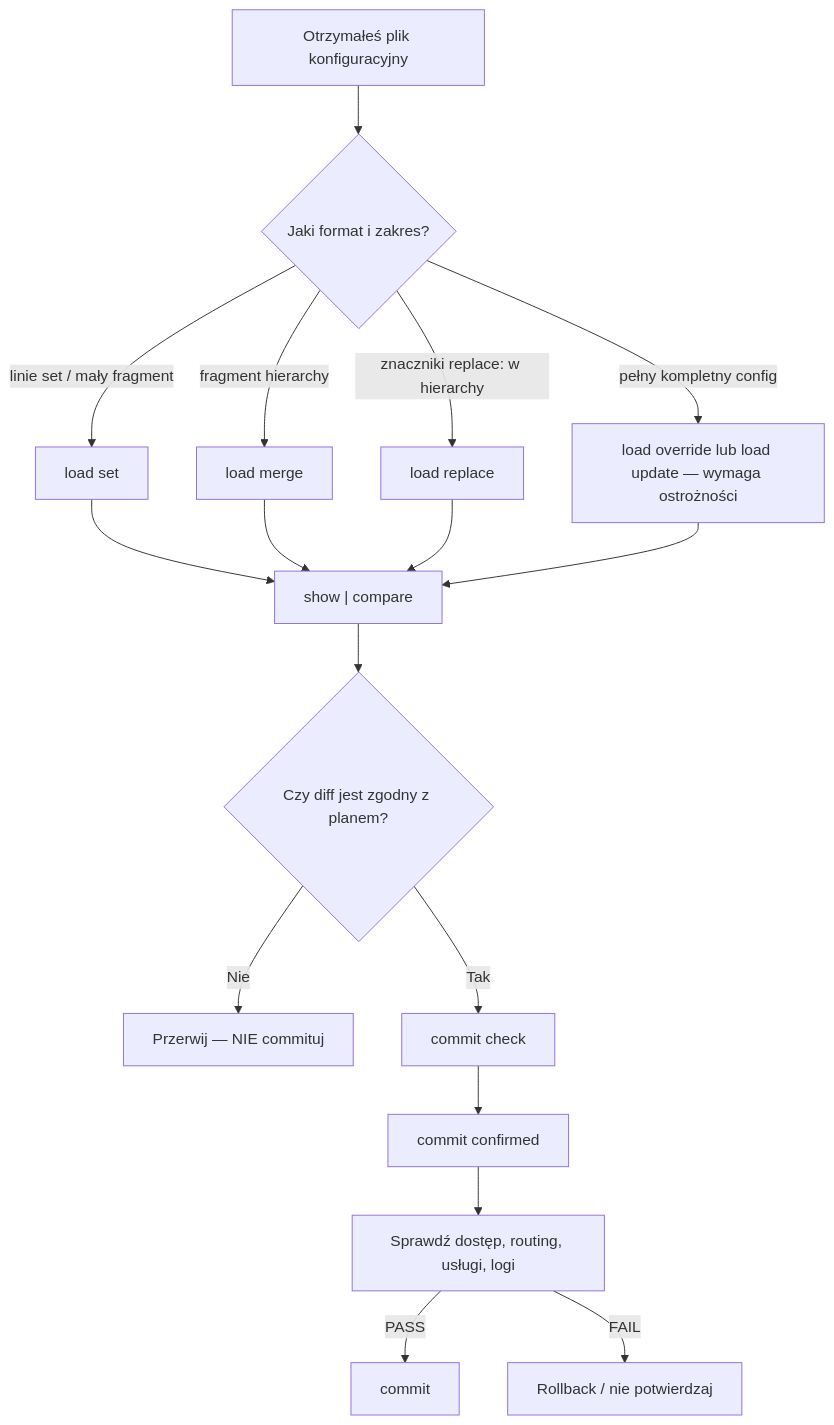
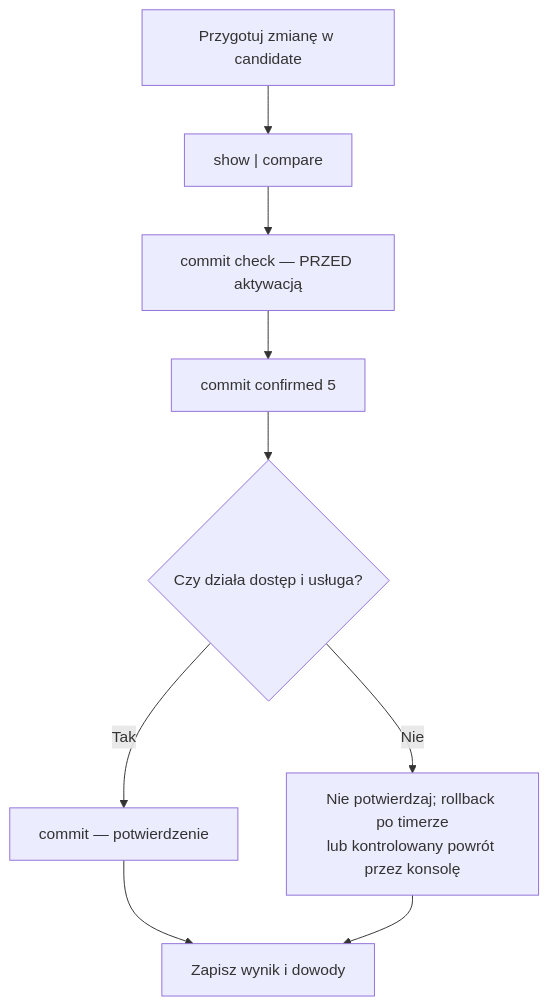
Before and after one commit to nelto79/jncip: the third of 3 diagrams in docs/chapters/JUNOS_Rozdzial_03_Junos_User_Interfaces_CLI.md, drawn with Mermaid. The commit also changed other lines of this file, not shown here.

```diff
--- a/docs/chapters/JUNOS_Rozdzial_03_Junos_User_Interfaces_CLI.md
+++ b/docs/chapters/JUNOS_Rozdzial_03_Junos_User_Interfaces_CLI.md
@@ -992,19 +827,11 @@
 ~~~mermaid
 flowchart TD
-  INPUT["Otrzymałeś plik konfiguracyjny"] --> Q{"Jaki format i zakres?"}
-  Q -->|"linie set / mały fragment"| SET["load set"]
-  Q -->|"fragment hierarchy"| MERGE["load merge"]
-  Q -->|"znaczniki replace: w hierarchy"| REPL["load replace"]
-  Q -->|"pełny kompletny config"| OVR["load override lub load update — wymaga ostrożności"]
-  SET --> COMP["show | compare"]
-  MERGE --> COMP
-  REPL --> COMP
-  OVR --> COMP
-  COMP --> OK{"Czy diff jest zgodny z planem?"}
-  OK -->|"Nie"| STOP["Przerwij — NIE commituj"]
-  OK -->|"Tak"| CHK["commit check"]
-  CHK --> CONF["commit confirmed"]
-  CONF --> TEST["Sprawdź dostęp, routing, usługi, logi"]
-  TEST -->|"PASS"| FIN["commit"]
-  TEST -->|"FAIL"| ROL["Rollback / nie potwierdzaj"]
+  START["Przygotuj zmianę w candidate"] --> DIFF["show | compare"]
+  DIFF --> CHECK["commit check — PRZED aktywacją"]
+  CHECK --> CC["commit confirmed 5"]
+  CC --> TEST{"Czy działa dostęp i usługa?"}
+  TEST -->|Tak| COMMIT["commit — potwierdzenie"]
+  TEST -->|Nie| WAIT["Nie potwierdzaj; rollback po timerze<br/>lub kontrolowany powrót przez konsolę"]
+  COMMIT --> END["Zapisz wynik i dowody"]
+  WAIT --> END
 ~~~
```
